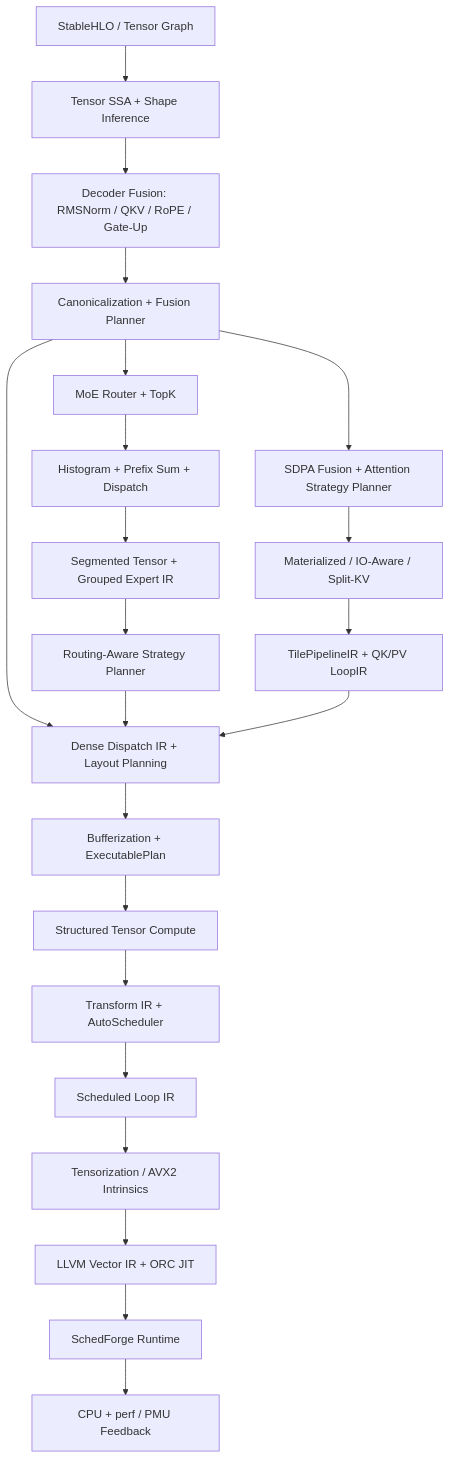
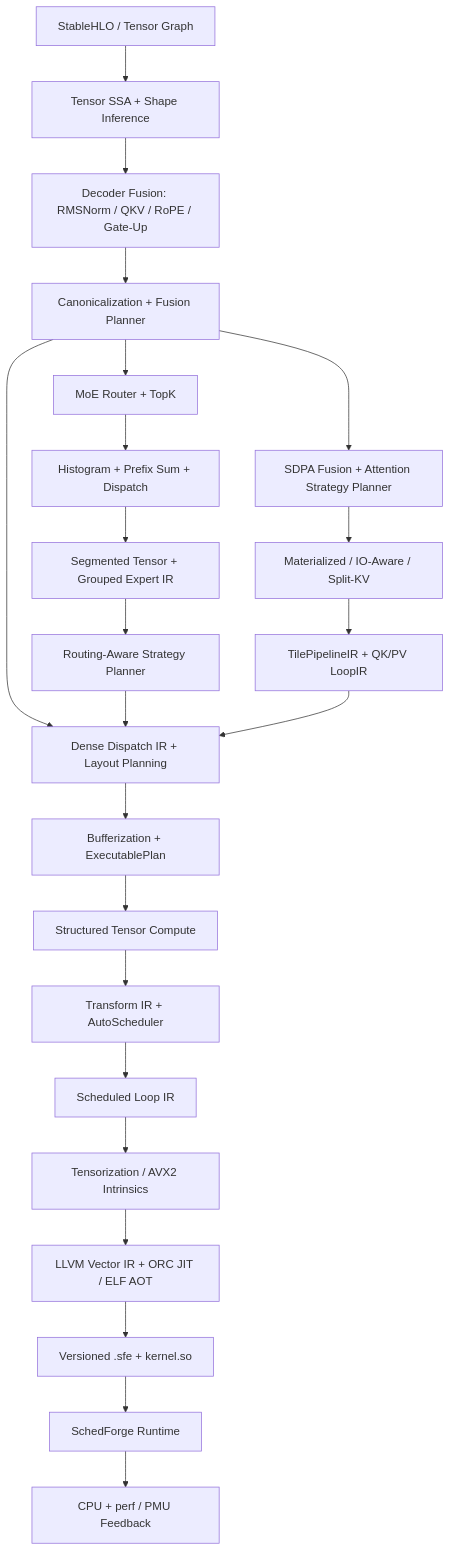
Before and after one commit to BokaiGuo/SchedForge: the diagram in README.md, drawn with Mermaid. The commit also changed other lines of this file and 18 other files, not shown here.

````diff
--- a/README.md
+++ b/README.md
@@ -40,24 +40,25 @@
 ```mermaid
 flowchart TD
     A["StableHLO / Tensor Graph"] --> B["Tensor SSA + Shape Inference"]
     B --> DL["Decoder Fusion: RMSNorm / QKV / RoPE / Gate-Up"]
     DL --> C["Canonicalization + Fusion Planner"]
     C --> D["Dense Dispatch IR + Layout Planning"]
     C --> M1["MoE Router + TopK"]
     C --> A1["SDPA Fusion + Attention Strategy Planner"]
     M1 --> M2["Histogram + Prefix Sum + Dispatch"]
     M2 --> M3["Segmented Tensor + Grouped Expert IR"]
     M3 --> M4["Routing-Aware Strategy Planner"]
     M4 --> D
     A1 --> A2["Materialized / IO-Aware / Split-KV"]
     A2 --> A3["TilePipelineIR + QK/PV LoopIR"]
     A3 --> D
     D --> E["Bufferization + ExecutablePlan"]
     E --> F["Structured Tensor Compute"]
     F --> G["Transform IR + AutoScheduler"]
     G --> H["Scheduled Loop IR"]
     H --> I["Tensorization / AVX2 Intrinsics"]
-    I --> J["LLVM Vector IR + ORC JIT"]
-    J --> K["SchedForge Runtime"]
+    I --> J["LLVM Vector IR + ORC JIT / ELF AOT"]
+    J --> AOT["Versioned .sfe + kernel.so"]
+    AOT --> K["SchedForge Runtime"]
     K --> L["CPU + perf / PMU Feedback"]
 ```
````
